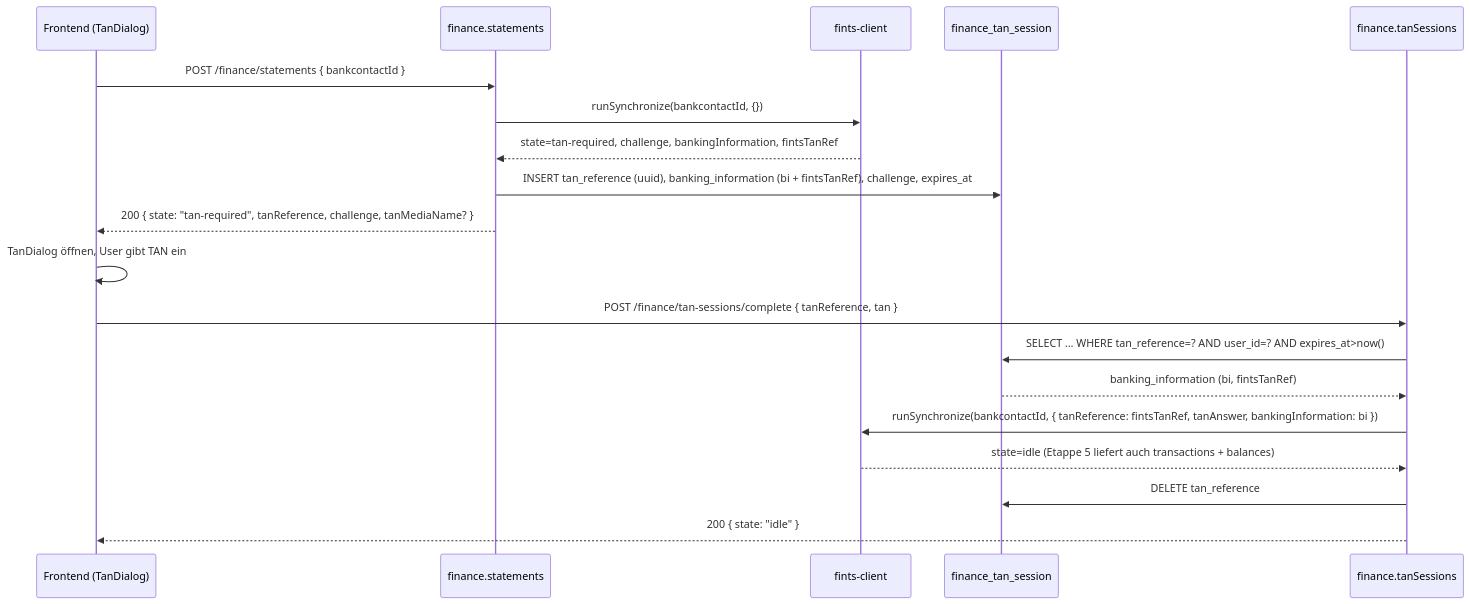
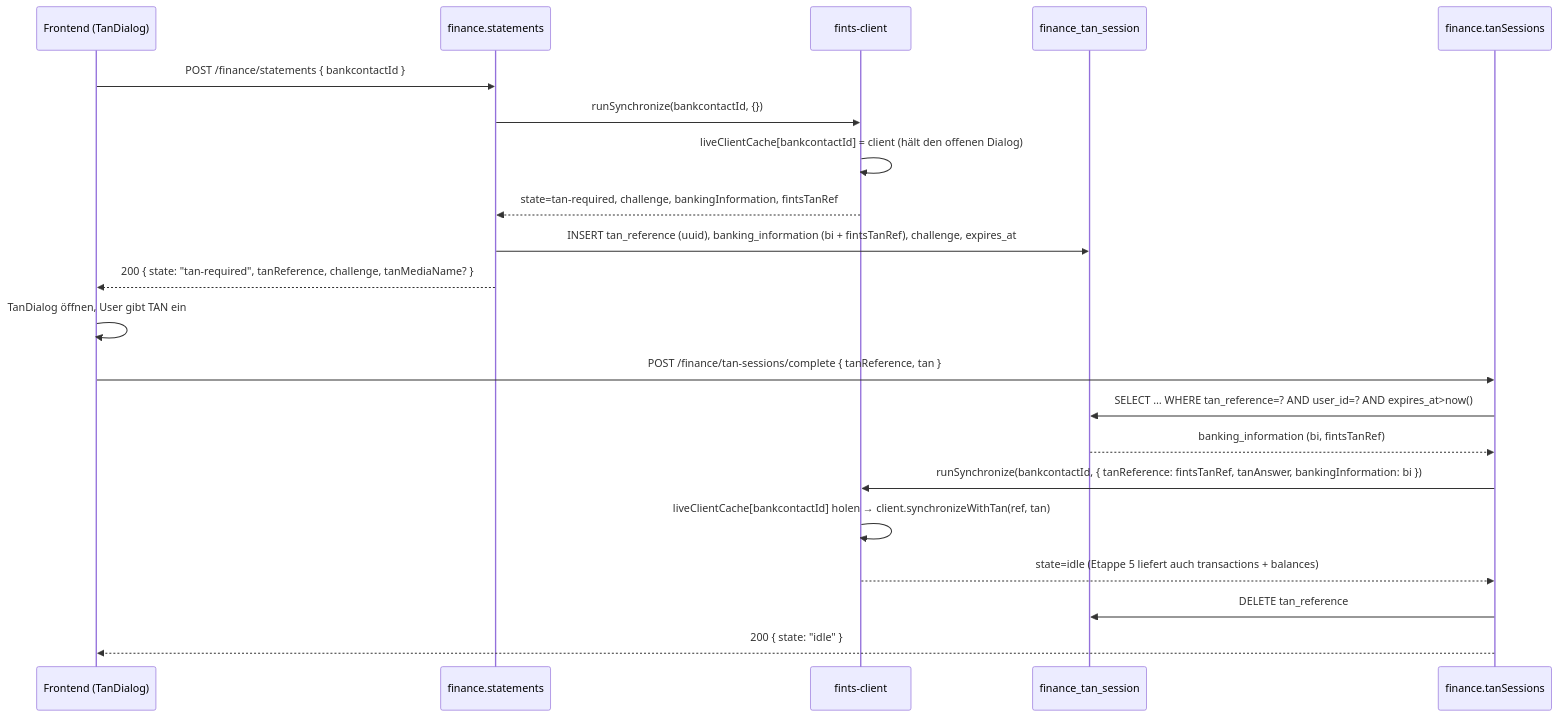
Before and after one commit to as19git67/fk-encore: the first of 2 diagrams in docs/finance-fints-integration.md, drawn with Mermaid. The commit also changed other lines of this file and 2 other files, not shown here.

First line of the commit message:
fix(finance): continue the TAN dialog on the client that opened it (#965)

````diff
--- a/docs/finance-fints-integration.md
+++ b/docs/finance-fints-integration.md
@@ -261,22 +261,24 @@
 ```mermaid
 sequenceDiagram
   participant UI as Frontend (TanDialog)
   participant API as finance.statements
   participant FC as fints-client
   participant DB as finance_tan_session
   participant TAN as finance.tanSessions
 
   UI->>API: POST /finance/statements { bankcontactId }
   API->>FC: runSynchronize(bankcontactId, {})
+  FC->>FC: liveClientCache[bankcontactId] = client (hält den offenen Dialog)
   FC-->>API: state=tan-required, challenge, bankingInformation, fintsTanRef
   API->>DB: INSERT tan_reference (uuid), banking_information (bi + fintsTanRef), challenge, expires_at
   API-->>UI: 200 { state: "tan-required", tanReference, challenge, tanMediaName? }
   UI->>UI: TanDialog öffnen, User gibt TAN ein
   UI->>TAN: POST /finance/tan-sessions/complete { tanReference, tan }
   TAN->>DB: SELECT … WHERE tan_reference=? AND user_id=? AND expires_at>now()
   DB-->>TAN: banking_information (bi, fintsTanRef)
   TAN->>FC: runSynchronize(bankcontactId, { tanReference: fintsTanRef, tanAnswer, bankingInformation: bi })
+  FC->>FC: liveClientCache[bankcontactId] holen → client.synchronizeWithTan(ref, tan)
   FC-->>TAN: state=idle  (Etappe 5 liefert auch transactions + balances)
   TAN->>DB: DELETE tan_reference
   TAN-->>UI: 200 { state: "idle" }
 ```
````
